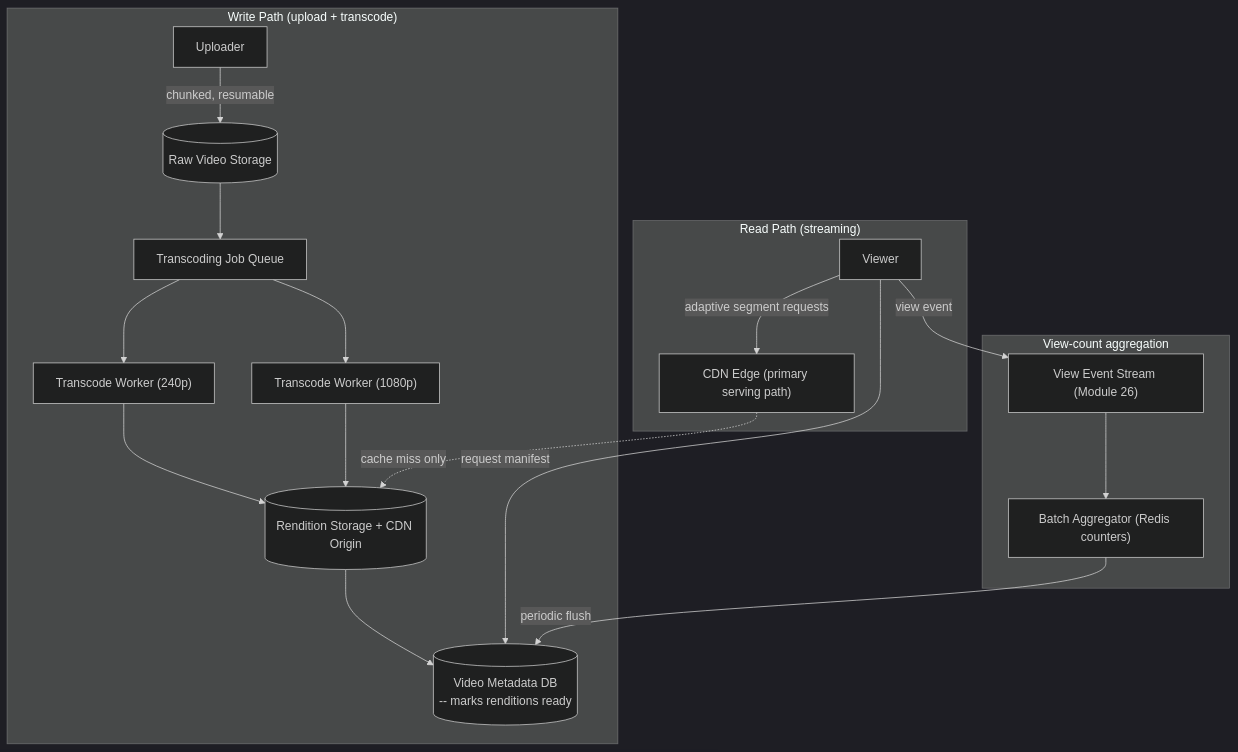
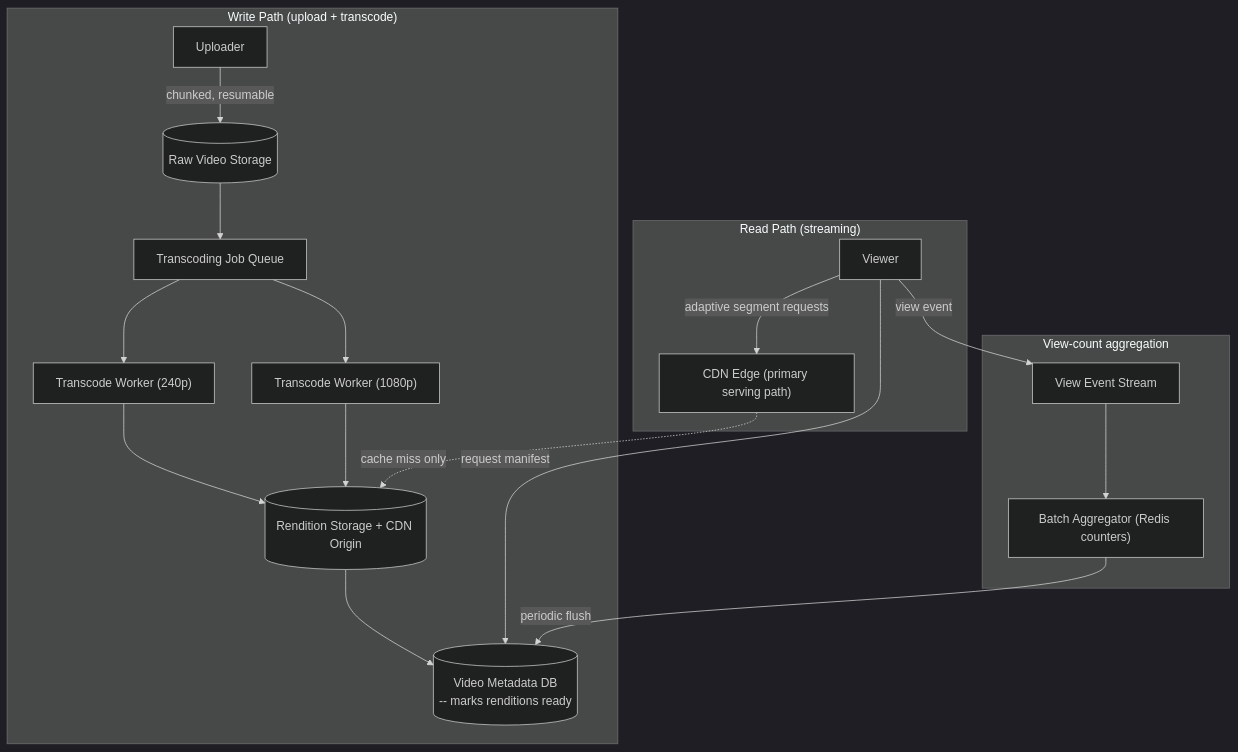
Before and after one commit to umashankarp/InterviewQuestions: the diagram in 14-System-Design/05-Designing-YouTube-Video-Streaming.md, drawn with Mermaid (dark theme). The commit also changed other lines of this file and 173 other files, not shown here.

````diff
--- a/14-System-Design/05-Designing-YouTube-Video-Streaming.md
+++ b/14-System-Design/05-Designing-YouTube-Video-Streaming.md
@@ -47,22 +47,22 @@
 ```mermaid
 graph TB
-    subgraph "Write Path (upload + transcode)"
-        Client1[Uploader] -->|chunked, resumable| RawStorage[("Raw Video Storage")]
-        RawStorage --> Queue["Transcoding Job Queue"]
-        Queue --> Worker1["Transcode Worker (240p)"]
-        Queue --> Worker2["Transcode Worker (1080p)"]
-        Worker1 --> RenditionStorage[("Rendition Storage + CDN Origin")]
-        Worker2 --> RenditionStorage
-        RenditionStorage --> Metadata[("Video Metadata DB<br/>-- marks renditions ready")]
-    end
-    subgraph "Read Path (streaming)"
-        Client2[Viewer] -->|request manifest| Metadata
-        Client2 -->|adaptive segment requests| CDN["CDN Edge (primary serving path)"]
-        CDN -.->|cache miss only| RenditionStorage
-    end
-    subgraph "View-count aggregation"
-        Client2 -->|view event| ViewQueue["View Event Stream (Module 26)"]
-        ViewQueue --> Aggregator["Batch Aggregator (Redis counters)"]
-        Aggregator -->|periodic flush| Metadata
-    end
+ subgraph "Write Path (upload + transcode)"
+ Client1[Uploader] -->|chunked, resumable| RawStorage[("Raw Video Storage")]
+ RawStorage --> Queue["Transcoding Job Queue"]
+ Queue --> Worker1["Transcode Worker (240p)"]
+ Queue --> Worker2["Transcode Worker (1080p)"]
+ Worker1 --> RenditionStorage[("Rendition Storage + CDN Origin")]
+ Worker2 --> RenditionStorage
+ RenditionStorage --> Metadata[("Video Metadata DB<br/>-- marks renditions ready")]
+ end
+ subgraph "Read Path (streaming)"
+ Client2[Viewer] -->|request manifest| Metadata
+ Client2 -->|adaptive segment requests| CDN["CDN Edge (primary serving path)"]
+ CDN -.->|cache miss only| RenditionStorage
+ end
+ subgraph "View-count aggregation"
+ Client2 -->|view event| ViewQueue["View Event Stream"]
+ ViewQueue --> Aggregator["Batch Aggregator (Redis counters)"]
+ Aggregator -->|periodic flush| Metadata
+ end
 ```
````
